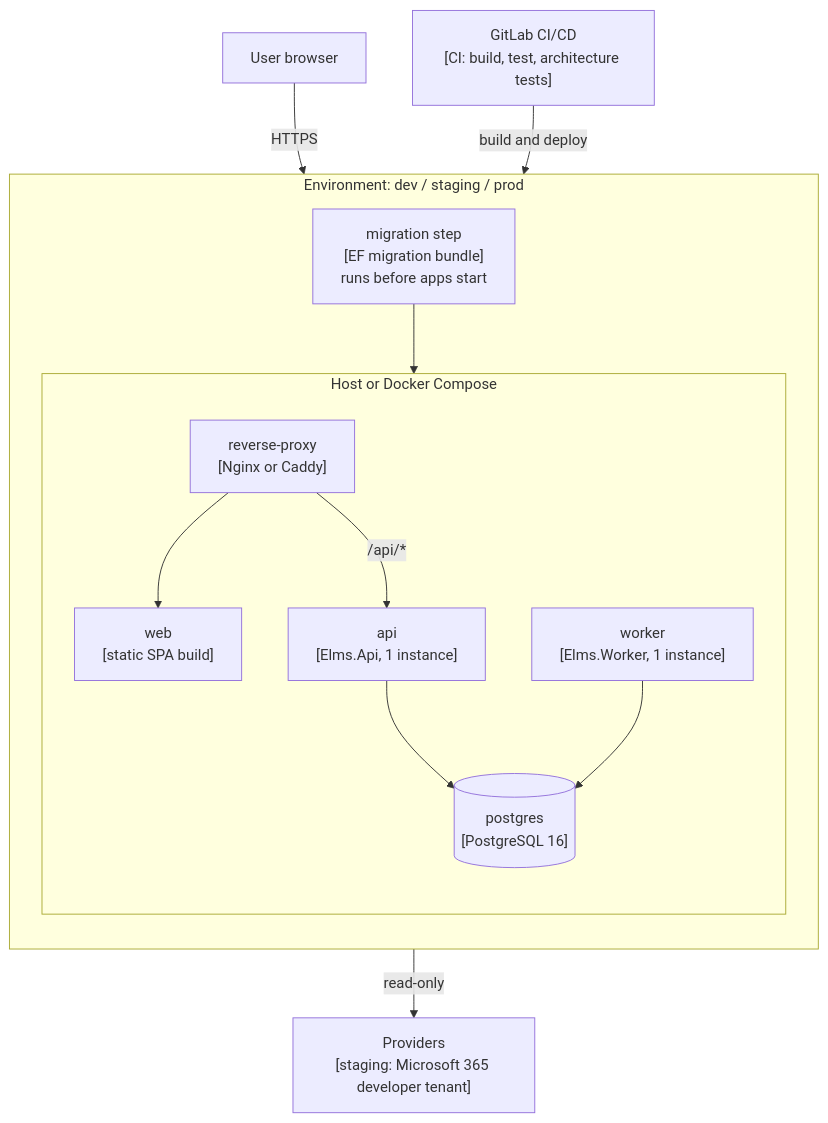
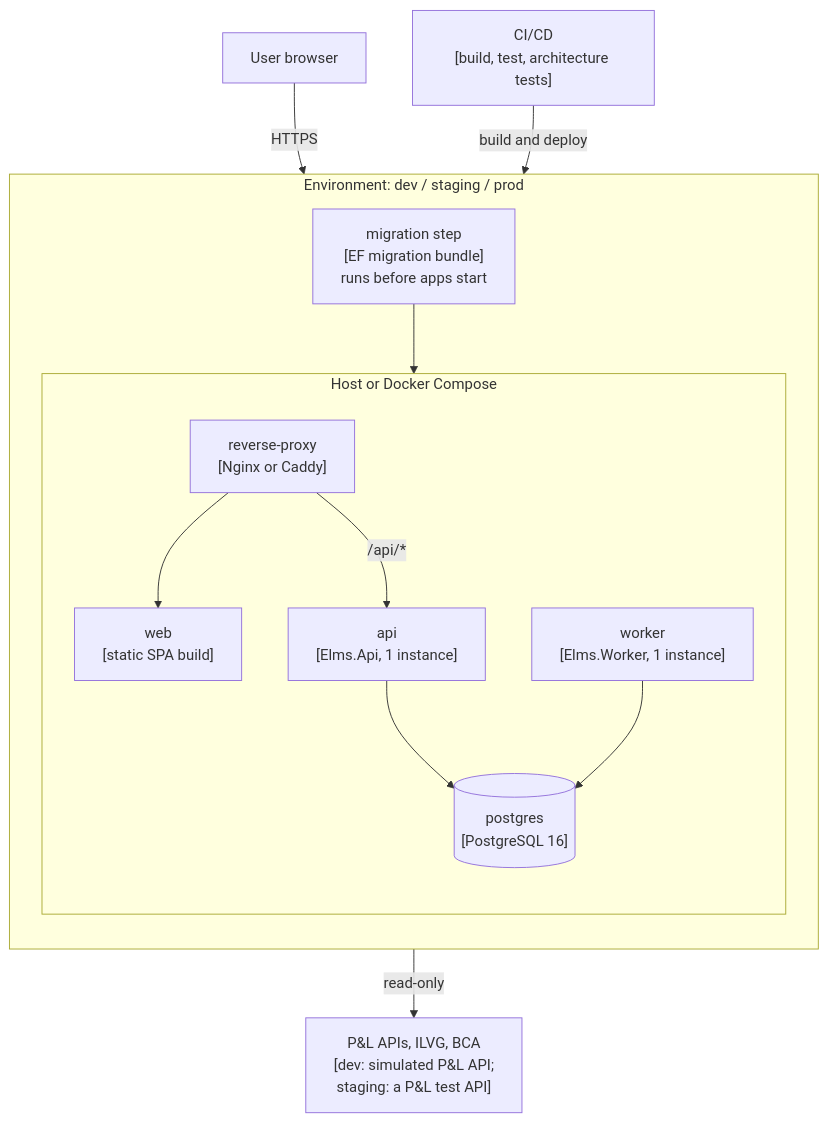
Before and after one commit to cuonglpv/VFast: the seventh of 7 diagrams in docs/07-c4-architecture.md, drawn with Mermaid. The commit also changed other lines of this file, not shown here.

First line of the commit message:
docs: align the C4 architecture with the P&L API model

````diff
--- a/docs/07-c4-architecture.md
+++ b/docs/07-c4-architecture.md
@@ -335,29 +347,29 @@
 ```mermaid
 flowchart TB
     browser["User browser"]
 
     subgraph env["Environment: dev / staging / prod"]
         direction TB
         subgraph host["Host or Docker Compose"]
             direction TB
             proxy["reverse-proxy<br/>[Nginx or Caddy]"]
             webfiles["web<br/>[static SPA build]"]
             apiN["api<br/>[Elms.Api, 1 instance]"]
             workerN["worker<br/>[Elms.Worker, 1 instance]"]
             pg[("postgres<br/>[PostgreSQL 16]")]
         end
         migrate["migration step<br/>[EF migration bundle]<br/>runs before apps start"]
     end
 
-    ci["GitLab CI/CD<br/>[CI: build, test, architecture tests]"]
-    prov["Providers<br/>[staging: Microsoft 365 developer tenant]"]
+    ci["CI/CD<br/>[build, test, architecture tests]"]
+    src["P&L APIs, ILVG, BCA<br/>[dev: simulated P&L API;<br/>staging: a P&L test API]"]
 
     browser -- "HTTPS" --> proxy
     proxy --> webfiles
     proxy -- "/api/*" --> apiN
     apiN --> pg
     workerN --> pg
-    workerN -- "read-only" --> prov
+    workerN -- "read-only" --> src
     ci -- "build and deploy" --> host
     migrate --> pg
 ```
````
